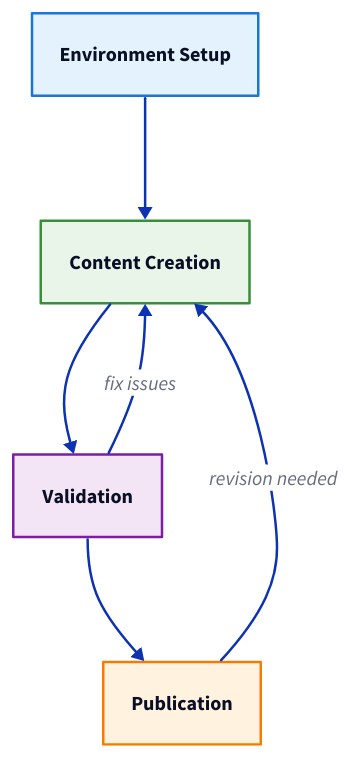
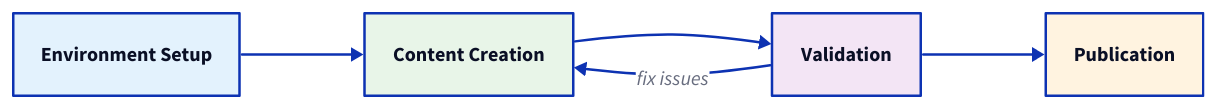
One commit to wagov-dtt/architecture-decision-records changed the diagram in CONTRIBUTING.md. Above: the diagram before and after it, drawn with D2. The commit also changed other lines of this file and 1 other file, not shown here.

Commit message:
Polish architecture principles and contributing guide
architecture-principles.md:
- Add intro sentence explaining purpose of principles
- Fix Australian spelling (user-centred, open source)

CONTRIBUTING.md:
- Simplify workflow diagram (remove unused 'revision needed' edge)
- Use consistent formatting (dashes instead of arrows in list)
- Change 'Don't' to 'Do not' for formal tone

````diff
--- a/CONTRIBUTING.md
+++ b/CONTRIBUTING.md
@@ -31,33 +29,22 @@
 ```d2
+direction: right
+
 setup: Environment Setup {
-  style: {
-    fill: "#e3f2fd"
-    stroke: "#1976d2"
-  }
+  style.fill: "#e3f2fd"
 }
 
 create: Content Creation {
-  style: {
-    fill: "#e8f5e8"
-    stroke: "#388e3c"
-  }
+  style.fill: "#e8f5e8"
 }
 
 validate: Validation {
-  style: {
-    fill: "#f3e5f5"
-    stroke: "#7b1fa2"
-  }
+  style.fill: "#f3e5f5"
 }
 
 publish: Publication {
-  style: {
-    fill: "#fff3e0"
-    stroke: "#f57c00"
-  }
+  style.fill: "#fff3e0"
 }
 
 setup -> create -> validate -> publish
 validate -> create: fix issues
-publish -> create: revision needed
 ```
````
